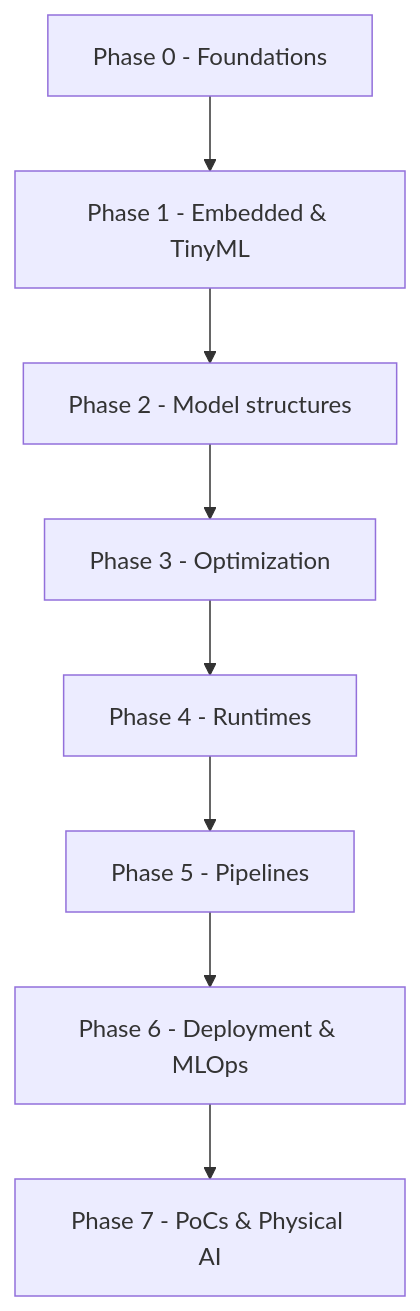
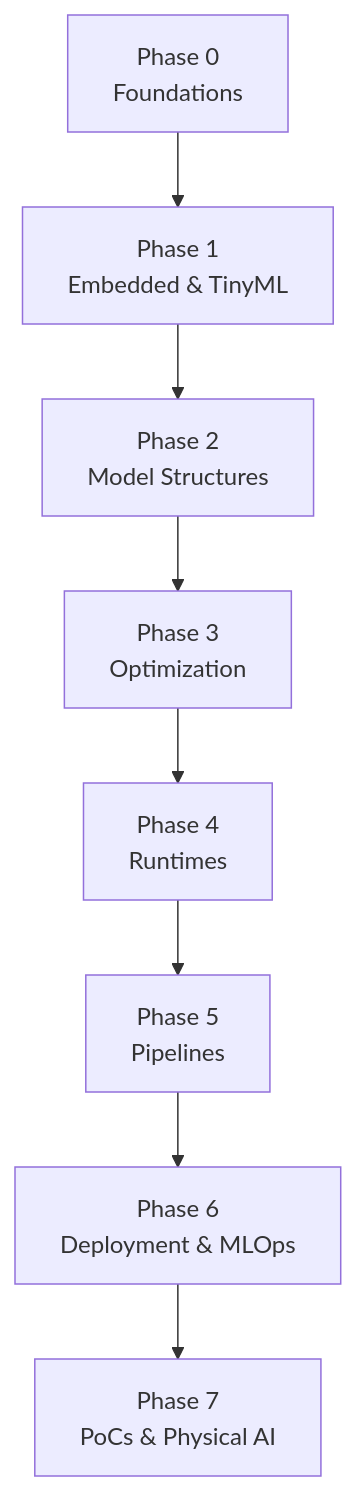
One commit to Premchand006/awesome-edge-ai changed the diagram in README.md. Above: the diagram before and after it, drawn with Mermaid. The commit also changed other lines of this file, not shown here.

Commit message:
change in roadmap

````diff
--- a/README.md
+++ b/README.md
@@ -71,10 +74,24 @@
 ```mermaid
 flowchart TD
-    P0["Phase 0 - Foundations"] --> P1["Phase 1 - Embedded & TinyML"]
-    P1 --> P2["Phase 2 - Model structures"]
-    P2 --> P3["Phase 3 - Optimization"]
-    P3 --> P4["Phase 4 - Runtimes"]
-    P4 --> P5["Phase 5 - Pipelines"]
-    P5 --> P6["Phase 6 - Deployment & MLOps"]
-    P6 --> P7["Phase 7 - PoCs & Physical AI"]
+
+P0["Phase 0<br/>Foundations"]
+ --> P1["Phase 1<br/>Embedded & TinyML"]
+
+P1
+ --> P2["Phase 2<br/>Model Structures"]
+
+P2
+ --> P3["Phase 3<br/>Optimization"]
+
+P3
+ --> P4["Phase 4<br/>Runtimes"]
+
+P4
+ --> P5["Phase 5<br/>Pipelines"]
+
+P5
+ --> P6["Phase 6<br/>Deployment & MLOps"]
+
+P6
+ --> P7["Phase 7<br/>PoCs & Physical AI"]
 ```
````
